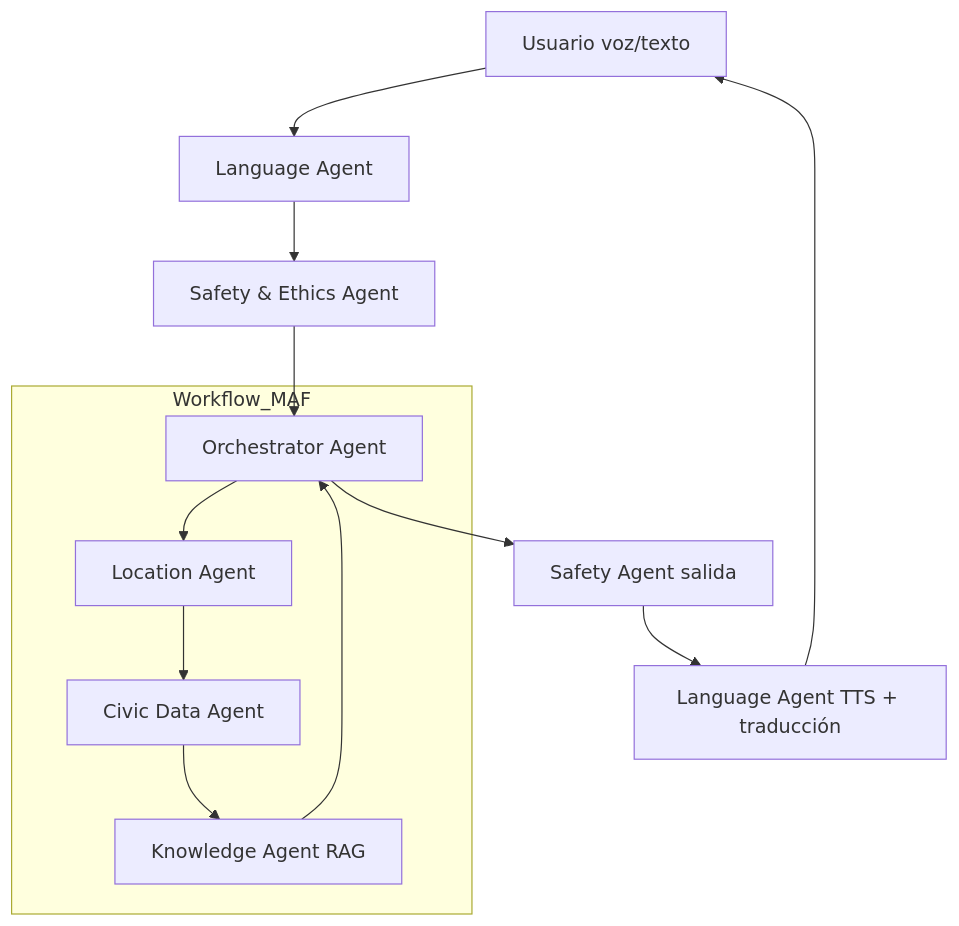
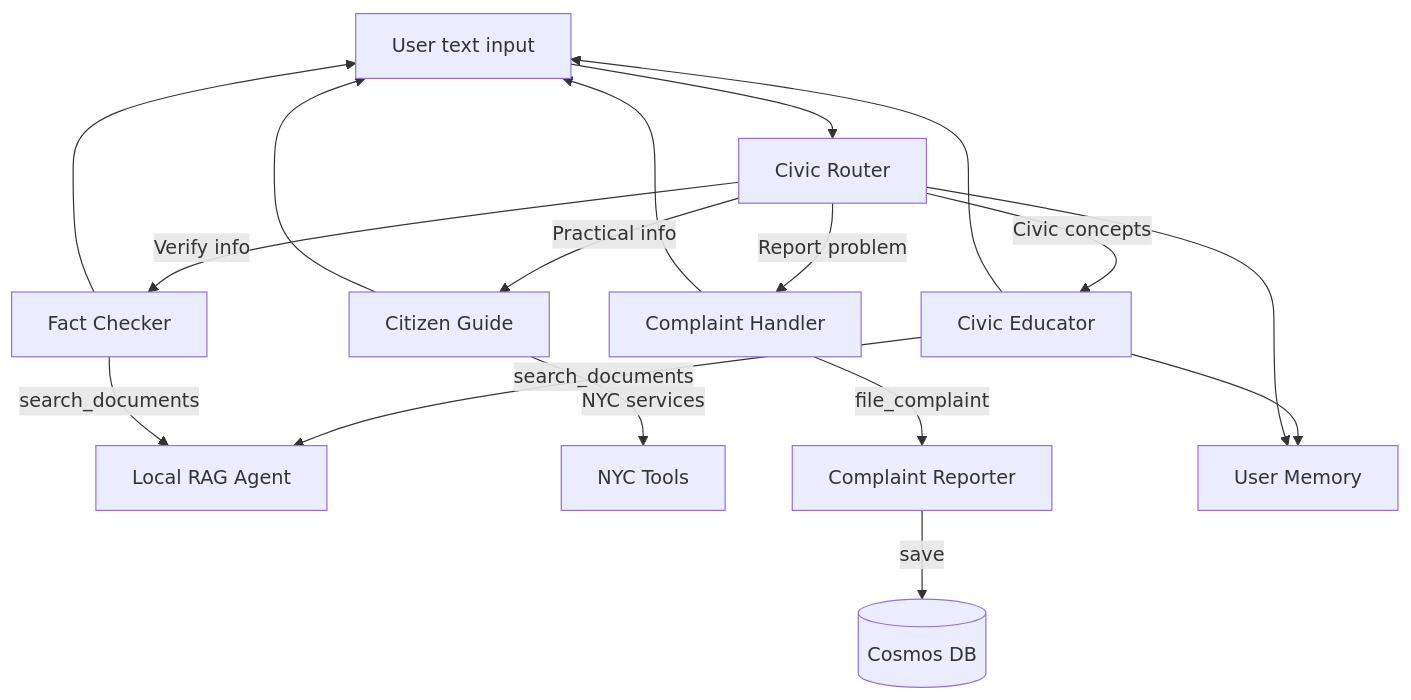
One commit to luiscm17/minka-link changed the diagram in docs/mvp.md. Above: the diagram before and after it, drawn with Mermaid. The commit also changed other lines of this file and 73 other files, not shown here.

````diff
--- a/docs/mvp.md
+++ b/docs/mvp.md
@@ -27,15 +48,23 @@
 ```mermaid
 graph TD
-    U[Usuario voz/texto] --> L[Language Agent]
-    L --> S[Safety & Ethics Agent]
-    S --> O[Orchestrator Agent]
-    subgraph Workflow_MAF
-        O --> LOC[Location Agent]
-        LOC --> CD[Civic Data Agent]
-        CD --> RAG[Knowledge Agent RAG]
-        RAG --> O
-    end
-    O --> S2[Safety Agent salida]
-    S2 --> L2[Language Agent TTS + traducción]
-    L2 --> U
+    U[User text input] --> R[Civic Router]
+    R --> |Civic concepts| E[Civic Educator]
+    R --> |Practical info| G[Citizen Guide]
+    R --> |Report problem| C[Complaint Handler]
+    R --> |Verify info| F[Fact Checker]
+    
+    E --> |search_documents| RAG[Local RAG Agent]
+    F --> |search_documents| RAG
+    G --> |NYC services| TOOLS[NYC Tools]
+    C --> |file_complaint| REP[Complaint Reporter]
+    
+    REP --> |save| DB[(Cosmos DB)]
+    
+    E --> MEM[User Memory]
+    R --> MEM
+    
+    E --> U
+    G --> U
+    C --> U
+    F --> U
 ```
````
